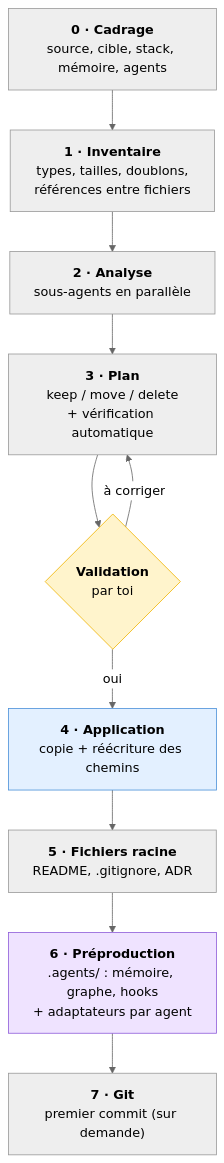
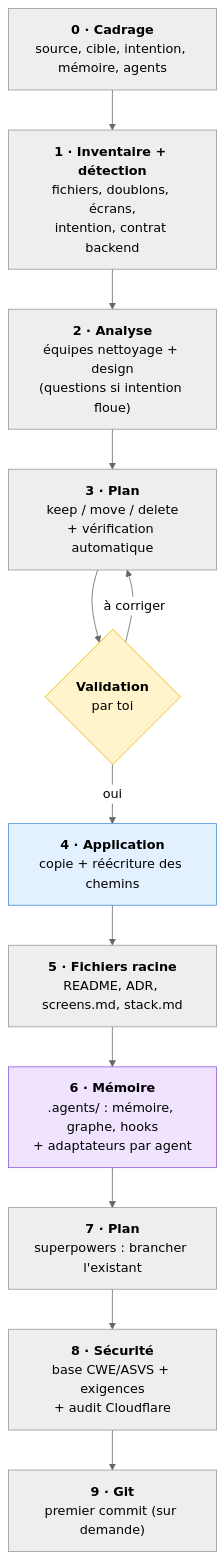
The second of 5 diagrams in README.md (duckysface/design-to-dev), drawn with Mermaid (neutral theme) before and after one commit. The commit also changed other lines of this file and 11 other files, not shown here.

First line of the commit message:
feat: design reuse, intent-based stacks, superpowers plan and security baseline

````diff
--- a/README.md
+++ b/README.md
@@ -148,20 +175,22 @@
 ```mermaid
 flowchart TD
-    S0["<b>0 · Cadrage</b><br/>source, cible, stack, mémoire, agents"]
-    S1["<b>1 · Inventaire</b><br/>types, tailles, doublons,<br/>références entre fichiers"]
-    S2["<b>2 · Analyse</b><br/>sous-agents en parallèle"]
+    S0["<b>0 · Cadrage</b><br/>source, cible, intention, mémoire, agents"]
+    S1["<b>1 · Inventaire + détection</b><br/>fichiers, doublons, écrans,<br/>intention, contrat backend"]
+    S2["<b>2 · Analyse</b><br/>équipes nettoyage + design<br/>(questions si intention floue)"]
     S3["<b>3 · Plan</b><br/>keep / move / delete<br/>+ vérification automatique"]
     OK{"<b>Validation</b><br/>par toi"}
     S4["<b>4 · Application</b><br/>copie + réécriture des chemins"]
-    S5["<b>5 · Fichiers racine</b><br/>README, .gitignore, ADR"]
-    S6["<b>6 · Préproduction</b><br/>.agents/ : mémoire, graphe, hooks<br/>+ adaptateurs par agent"]
-    S7["<b>7 · Git</b><br/>premier commit (sur demande)"]
+    S5["<b>5 · Fichiers racine</b><br/>README, ADR, screens.md, stack.md"]
+    S6["<b>6 · Mémoire</b><br/>.agents/ : mémoire, graphe, hooks<br/>+ adaptateurs par agent"]
+    S7["<b>7 · Plan</b><br/>superpowers : brancher l'existant"]
+    S8["<b>8 · Sécurité</b><br/>base CWE/ASVS + exigences<br/>+ audit Cloudflare"]
+    S9["<b>9 · Git</b><br/>premier commit (sur demande)"]
 
     S0 --> S1 --> S2 --> S3 --> OK
     OK -- "à corriger" --> S3
-    OK -- "oui" --> S4 --> S5 --> S6 --> S7
+    OK -- "oui" --> S4 --> S5 --> S6 --> S7 --> S8 --> S9
 
     style OK fill:#fff4cc,stroke:#f0b400,color:#000
     style S4 fill:#e3f0ff,stroke:#4a90d9,color:#000
     style S6 fill:#efe3ff,stroke:#8e5cd9,color:#000
 ```
````
